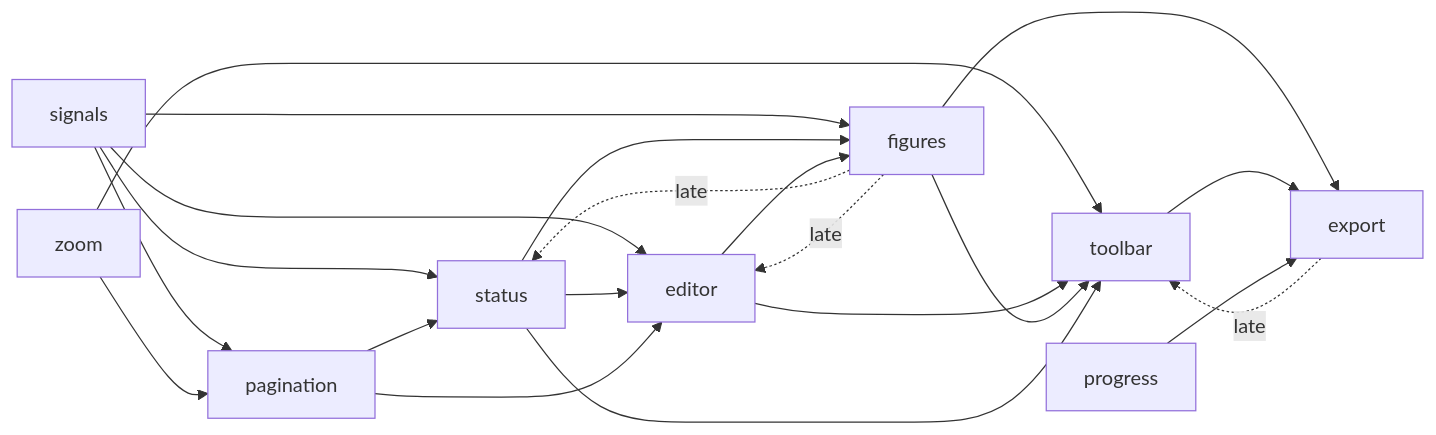
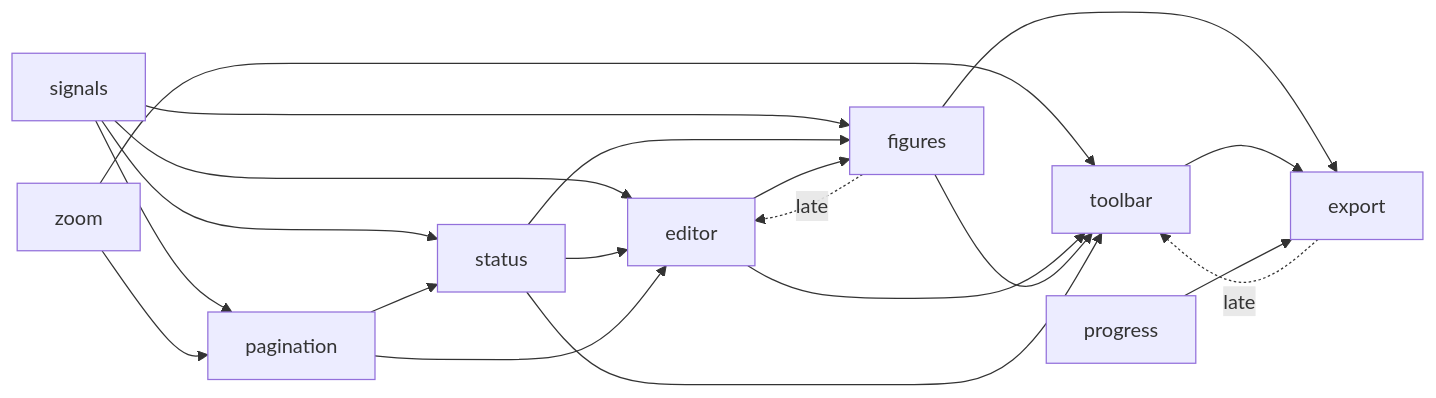
The diagram in DEPS.md (nakrasian/standalone-doc), drawn with Mermaid before and after one commit. The commit also changed other lines of this file and 22 other files, not shown here.

````diff
--- a/DEPS.md
+++ b/DEPS.md
@@ -23,23 +23,22 @@
 ```mermaid
 graph LR
   signals --> pagination
   zoom --> pagination
   signals --> status
   pagination --> status
-  figures -.->|late| status
   signals --> editor
   status --> editor
   pagination --> editor
   figures -.->|late| editor
   signals --> figures
   status --> figures
   editor --> figures
   zoom --> toolbar
   editor --> toolbar
   figures --> toolbar
   status --> toolbar
   export -.->|late| toolbar
   figures --> export
   toolbar --> export
   progress --> export
 ```
````
